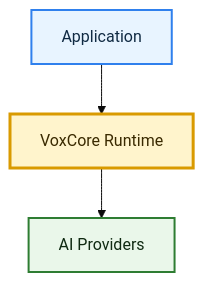
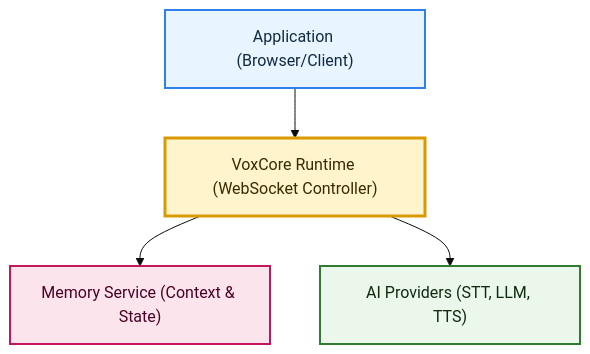
The diagram in README.md (namanSR-dev/voxcore), drawn with Mermaid (base theme) before and after one commit. The commit also changed other lines of this file and 1 other file, not shown here.

Commit message:
docs: Comprehensively rewrite README and ROADMAP for v0.2.0 milestone

````diff
--- a/README.md
+++ b/README.md
@@ -36,13 +34,16 @@
 ```mermaid
 flowchart TD
-    app["Application"] --> runtime["VoxCore Runtime"]
-    runtime --> providers["AI Providers"]
+    app["Application (Browser/Client)"] --> runtime["VoxCore Runtime (WebSocket Controller)"]
+    runtime --> memory["Memory Service (Context & State)"]
+    runtime --> providers["AI Providers (STT, LLM, TTS)"]
 
     classDef app fill:#E8F4FF,stroke:#2F80ED,color:#102A43,stroke-width:2px;
     classDef runtime fill:#FFF4CC,stroke:#D99A00,color:#3A2A00,stroke-width:3px;
+    classDef memory fill:#FCE4EC,stroke:#C2185B,color:#4A0024,stroke-width:2px;
     classDef providers fill:#EAF7EA,stroke:#2E7D32,color:#102A12,stroke-width:2px;
 
     class app app;
     class runtime runtime;
+    class memory memory;
     class providers providers;
 ```
````
